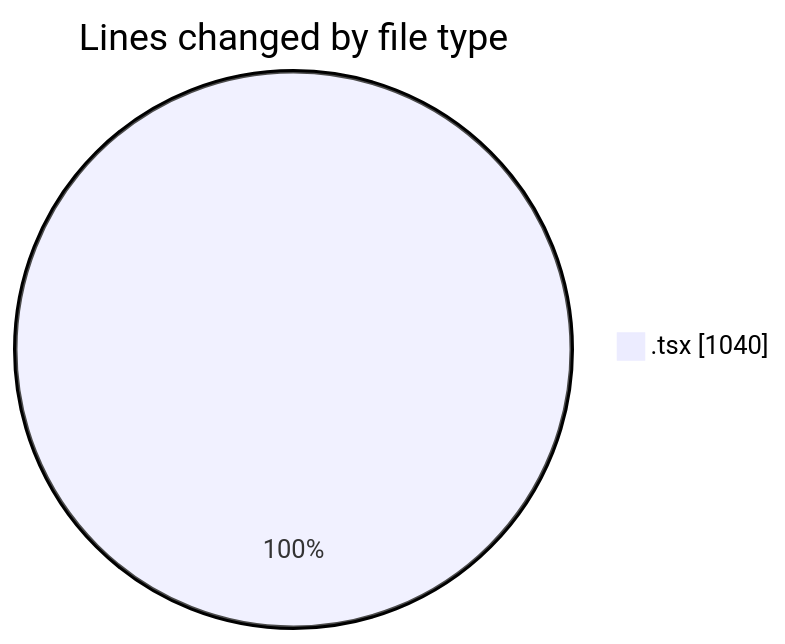
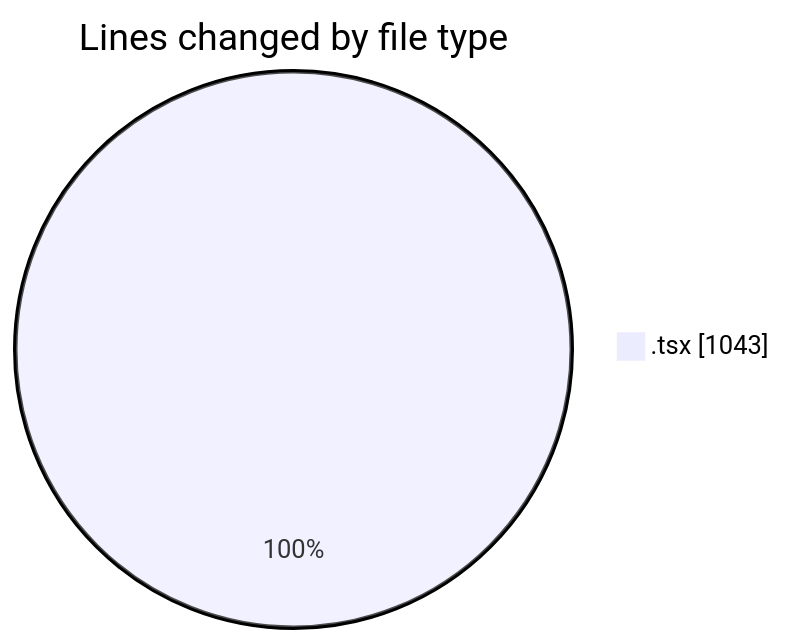
One commit to nxtqubesakshisongat/code-tracking changed the first of 2 diagrams in 2026-05-24/nxtqube_webapp/README.md. Above: the diagram before and after it, drawn with Mermaid. The commit also changed other lines of this file and 1 other file, not shown here.

````diff
--- a/2026-05-24/nxtqube_webapp/README.md
+++ b/2026-05-24/nxtqube_webapp/README.md
@@ -21,5 +21,5 @@
 ```mermaid
 pie showData
 title Lines changed by file type
-".tsx" : 1040
+".tsx" : 1043
 ```
````
